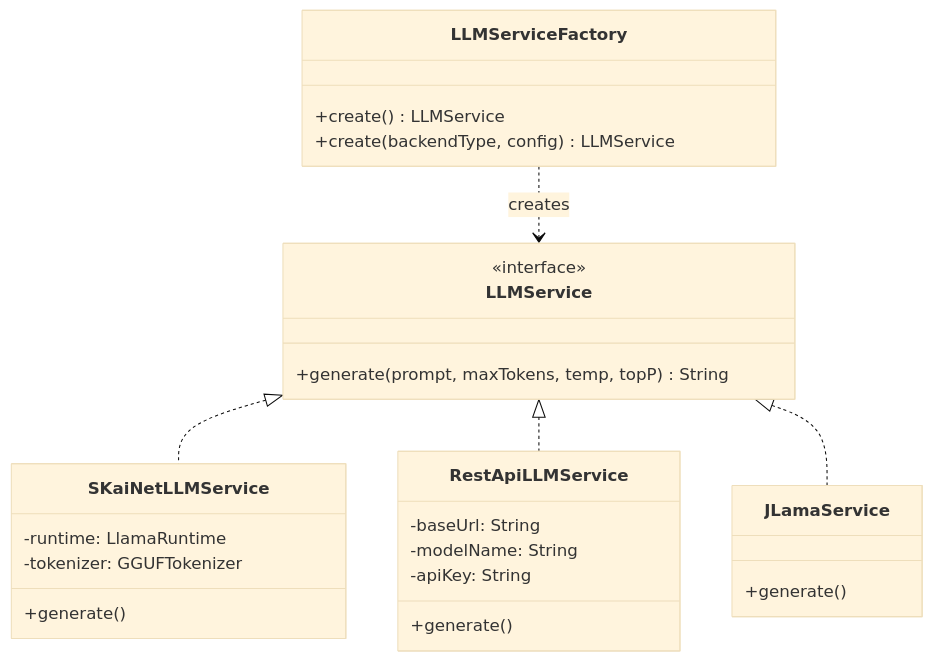
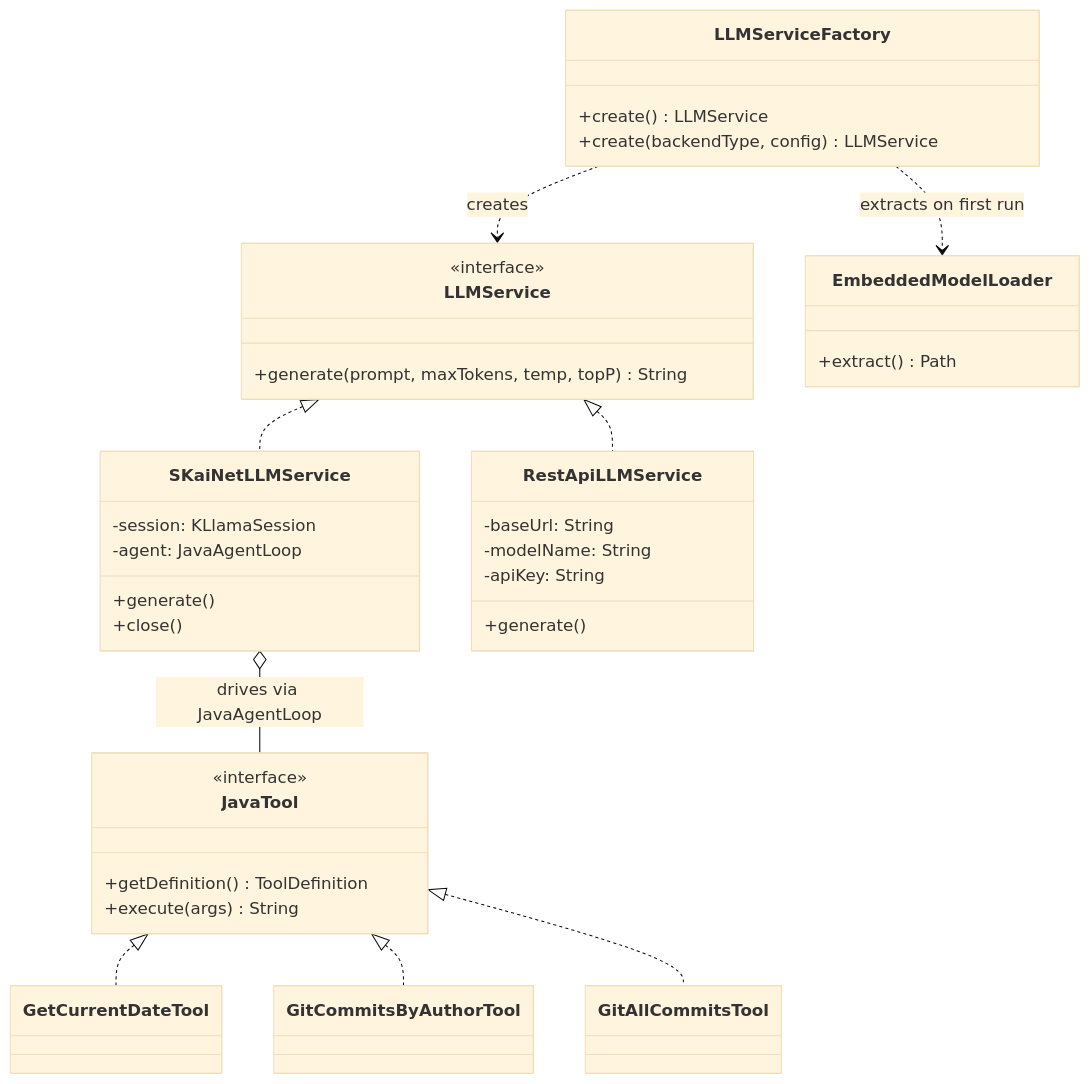
One commit to michalharakal/Daily-StandAPP changed the second of 2 diagrams in docs/modules/architecture/pages/04-solution-strategy.adoc. Above: the diagram before and after it, drawn with Mermaid (base theme). The commit also changed other lines of this file and 18 other files, not shown here.

```diff
--- a/docs/modules/architecture/pages/04-solution-strategy.adoc
+++ b/docs/modules/architecture/pages/04-solution-strategy.adoc
@@ -130,35 +134,50 @@
 [mermaid]
 ----
 classDiagram
     class LLMService {
         <<interface>>
         +generate(prompt, maxTokens, temp, topP) String
     }
 
     class SKaiNetLLMService {
-        -runtime: LlamaRuntime
-        -tokenizer: GGUFTokenizer
+        -session: KLlamaSession
+        -agent: JavaAgentLoop
         +generate()
+        +close()
     }
 
     class RestApiLLMService {
         -baseUrl: String
         -modelName: String
         -apiKey: String
         +generate()
     }
 
-    class JLamaService {
-        +generate()
+    class JavaTool {
+        <<interface>>
+        +getDefinition() ToolDefinition
+        +execute(args) String
+    }
+
+    class GetCurrentDateTool
+    class GitCommitsByAuthorTool
+    class GitAllCommitsTool
+
+    class EmbeddedModelLoader {
+        +extract() Path
     }
 
     class LLMServiceFactory {
         +create() LLMService
         +create(backendType, config) LLMService
     }
 
     LLMService <|.. SKaiNetLLMService
     LLMService <|.. RestApiLLMService
-    LLMService <|.. JLamaService
+    JavaTool <|.. GetCurrentDateTool
+    JavaTool <|.. GitCommitsByAuthorTool
+    JavaTool <|.. GitAllCommitsTool
+    SKaiNetLLMService o-- JavaTool : drives via JavaAgentLoop
     LLMServiceFactory ..> LLMService : creates
+    LLMServiceFactory ..> EmbeddedModelLoader : extracts on first run
 ----
```
